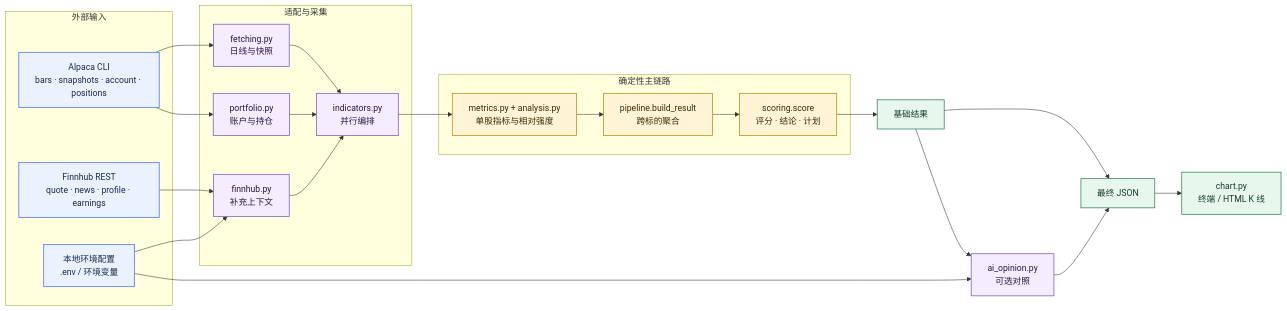
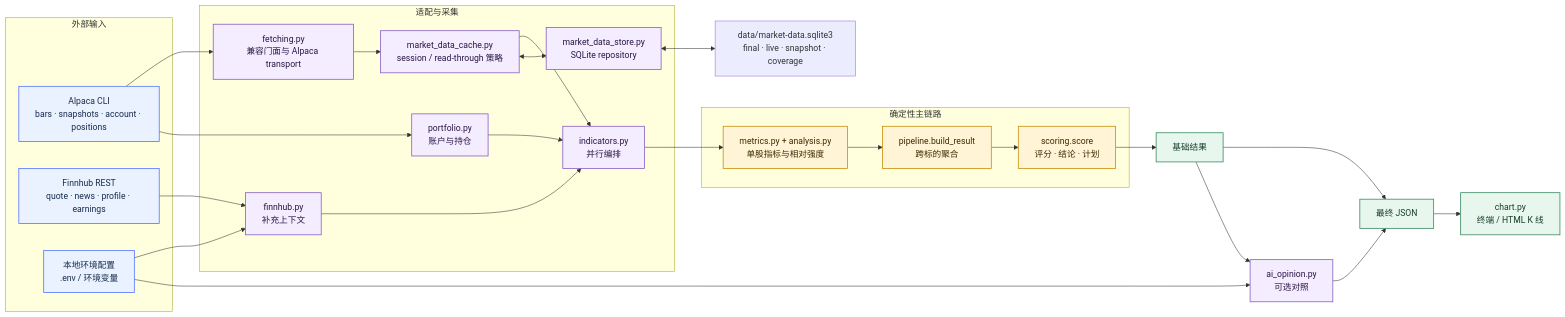
The first of 2 diagrams in scripts/README.md (starriv/worth-buy-stocks), drawn with Mermaid before and after one commit. The commit also changed other lines of this file and 22 other files, not shown here.

First line of the commit message:
feat(cache): add SQLite read-through cache for daily bars and snapshots

````diff
--- a/scripts/README.md
+++ b/scripts/README.md
@@ -36,46 +36,50 @@
 ```mermaid
 flowchart LR
     classDef source fill:#EAF2FF,stroke:#4C6FFF,color:#172B4D,stroke-width:1.4px;
     classDef adapter fill:#F4ECFF,stroke:#8357C5,color:#2B1745,stroke-width:1.4px;
     classDef core fill:#FFF4D6,stroke:#C58A00,color:#3D2A00,stroke-width:1.4px;
     classDef output fill:#E8F7EE,stroke:#2F855A,color:#173D2A,stroke-width:1.4px;
 
     subgraph INPUT["外部输入"]
         A["Alpaca CLI<br/>bars · snapshots · account · positions"]
         F["Finnhub REST<br/>quote · news · profile · earnings"]
         E["本地环境配置<br/>.env / 环境变量"]
     end
 
     subgraph ADAPTER["适配与采集"]
-        D1["fetching.py<br/>日线与快照"]
+        D1["fetching.py<br/>兼容门面与 Alpaca transport"]
+        CP["market_data_cache.py<br/>session / read-through 策略"]
+        ST["market_data_store.py<br/>SQLite repository"]
         D2["portfolio.py<br/>账户与持仓"]
         D3["finnhub.py<br/>补充上下文"]
         CLI["indicators.py<br/>并行编排"]
     end
 
     subgraph CORE["确定性主链路"]
         M["metrics.py + analysis.py<br/>单股指标与相对强度"]
         P["pipeline.build_result<br/>跨标的聚合"]
         S["scoring.score<br/>评分 · 结论 · 计划"]
     end
 
     B["基础结果"]
     AI["ai_opinion.py<br/>可选对照"]
     O["最终 JSON"]
     C["chart.py<br/>终端 / HTML K 线"]
 
-    A --> D1 --> CLI
+    DB["data/market-data.sqlite3<br/>final · live · snapshot · coverage"]
+    A --> D1 --> CP --> CLI
+    CP <--> ST <--> DB
     A --> D2 --> CLI
     F --> D3 --> CLI
     E --> D3
     CLI --> M --> P --> S --> B
     B --> O
     B --> AI --> O
     E --> AI
     O --> C
 
     class A,F,E source;
-    class D1,D2,D3,CLI,AI adapter;
+    class D1,CP,ST,D2,D3,CLI,AI adapter;
     class M,P,S core;
     class B,O,C output;
 ```
````
